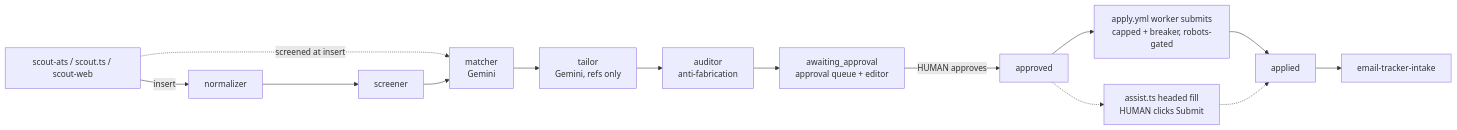
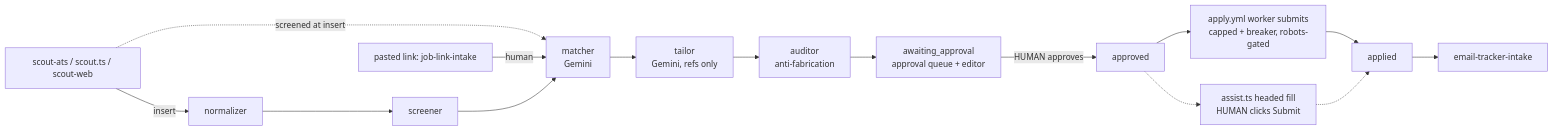
One commit to MallamTeja/applyyy changed the third of 3 diagrams in docs/SYSTEM_ARCHITECTURE.md. Above: the diagram before and after it, drawn with Mermaid. The commit also changed other lines of this file and 12 other files, not shown here.

First line of the commit message:
docs(stack): tech-stack inventory snapshot 2026-11-05; architecture docs reconciled to live state

````diff
--- a/docs/SYSTEM_ARCHITECTURE.md
+++ b/docs/SYSTEM_ARCHITECTURE.md
@@ -161,12 +206,13 @@
 ```mermaid
 flowchart LR
   scout[scout-ats / scout.ts / scout-web] -->|insert| N[normalizer] --> S[screener]
   scout -.->|screened at insert| M
+  PL[pasted link: job-link-intake] -->|human| M
   S --> M[matcher<br/>Gemini] --> T[tailor<br/>Gemini, refs only] --> A[auditor<br/>anti-fabrication]
   A --> Q[awaiting_approval<br/>approval queue + editor]
   Q -->|HUMAN approves| AP[approved]
   AP --> W[apply.yml worker submits<br/>capped + breaker, robots-gated]
   AP -.-> AS[assist.ts headed fill<br/>HUMAN clicks Submit]
   W --> AD[applied] --> ET[email-tracker-intake]
   AS -.-> AD
 ```
````
